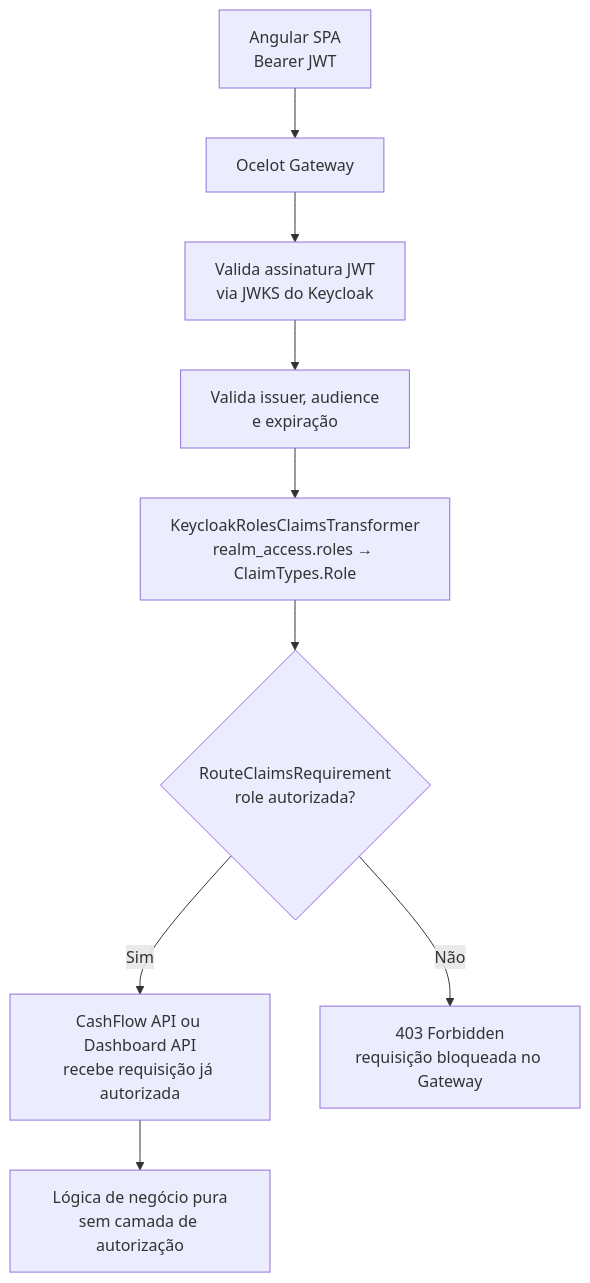
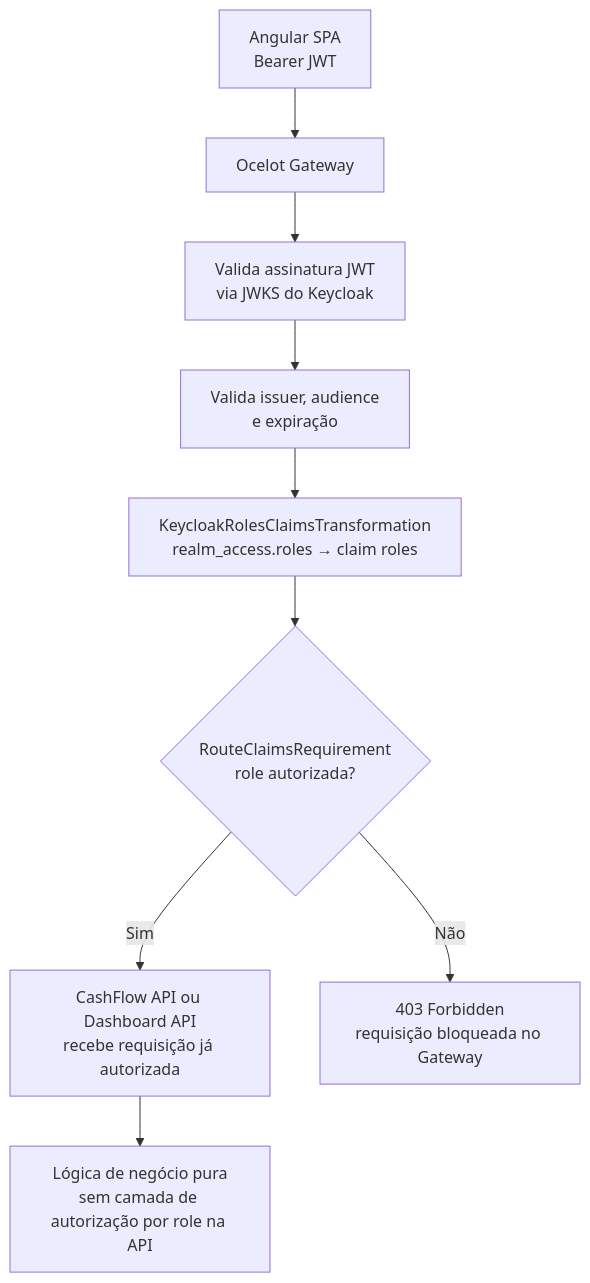
One commit to filipececcon/arch-challenge changed the diagram in docs/security/authorization.md. Above: the diagram before and after it, drawn with Mermaid. The commit also changed other lines of this file and 38 other files, not shown here.

First line of the commit message:
Refactor Cashflow architecture docs for account aggregate and unified outbox

````diff
--- a/docs/security/authorization.md
+++ b/docs/security/authorization.md
@@ -175,11 +216,11 @@
 ```mermaid
 flowchart TD
     A[Angular SPA\nBearer JWT] --> G[Ocelot Gateway]
     G --> V1[Valida assinatura JWT\nvia JWKS do Keycloak]
     V1 --> V2[Valida issuer, audience\ne expiração]
-    V2 --> V3[KeycloakRolesClaimsTransformer\nrealm_access.roles → ClaimTypes.Role]
+    V2 --> V3[KeycloakRolesClaimsTransformation\nrealm_access.roles → claim roles]
     V3 --> V4{RouteClaimsRequirement\nrole autorizada?}
     V4 -- Sim --> C[CashFlow API ou Dashboard API\nrecebe requisição já autorizada]
     V4 -- Não --> E[403 Forbidden\nrequisição bloqueada no Gateway]
-    C --> B[Lógica de negócio pura\nsem camada de autorização]
+    C --> B[Lógica de negócio pura\nsem camada de autorização por role na API]
 ```
````
